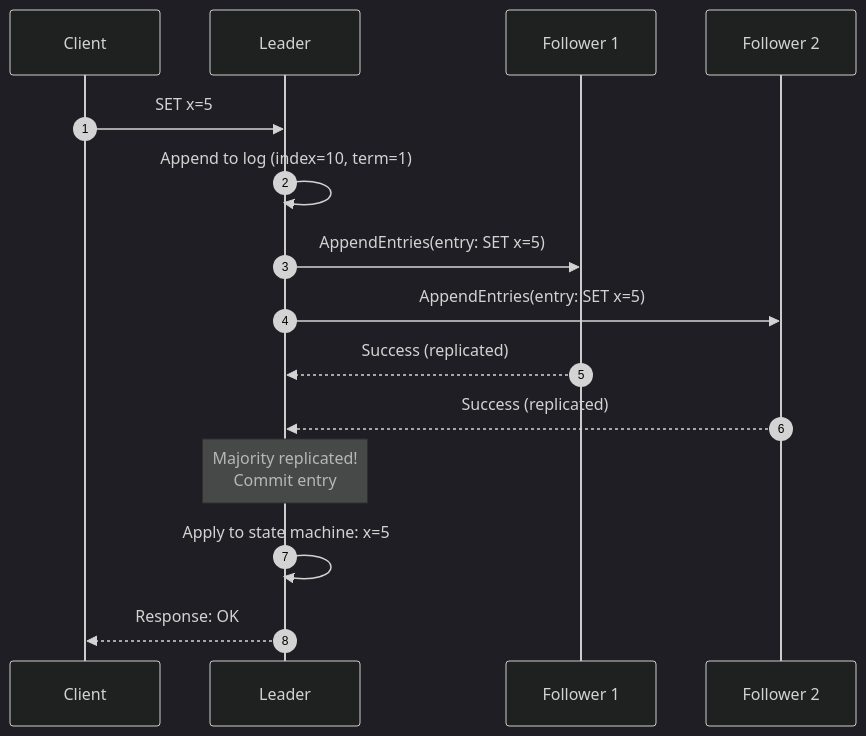
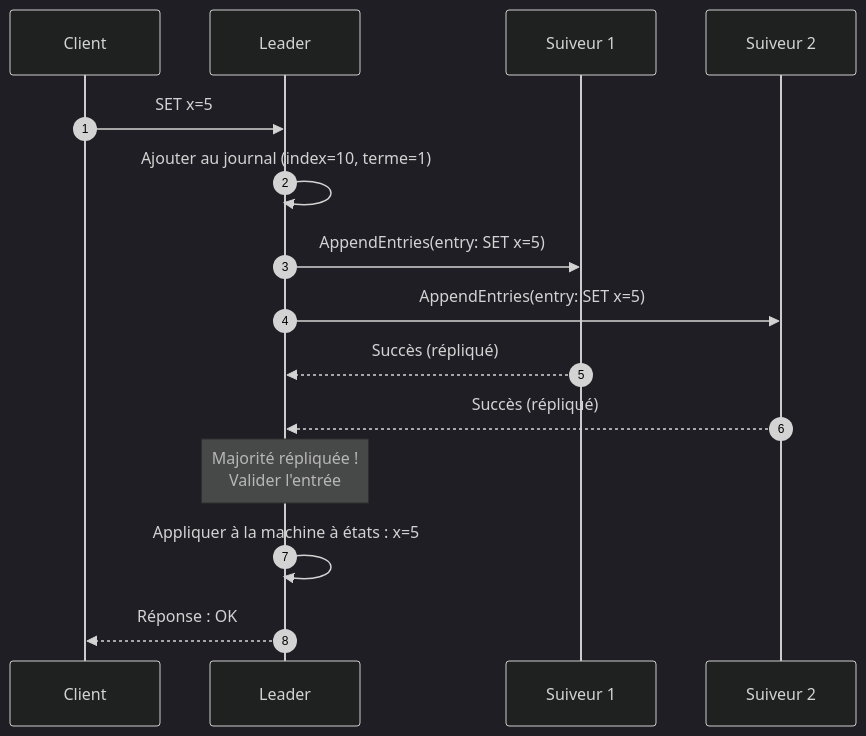
The sixth of 10 diagrams in src/consensus/12-raft-algorithm.md (dardourimohamed/distributed-systems-course), drawn with Mermaid (dark theme) before and after one commit. The commit also changed other lines of this file and 38 other files, not shown here.

````diff
--- a/src/consensus/12-raft-algorithm.md
+++ b/src/consensus/12-raft-algorithm.md
@@ -206,22 +209,22 @@
 ```mermaid
 sequenceDiagram
     autonumber
     participant C as Client
     participant L as Leader
-    participant F1 as Follower 1
-    participant F2 as Follower 2
+    participant F1 as Suiveur 1
+    participant F2 as Suiveur 2
 
     C->>L: SET x=5
 
-    L->>L: Append to log (index=10, term=1)
+    L->>L: Ajouter au journal (index=10, terme=1)
     L->>F1: AppendEntries(entry: SET x=5)
     L->>F2: AppendEntries(entry: SET x=5)
 
-    F1-->>L: Success (replicated)
-    F2-->>L: Success (replicated)
+    F1-->>L: Succès (répliqué)
+    F2-->>L: Succès (répliqué)
 
-    Note over L: Majority replicated!<br/>Commit entry
+    Note over L: Majorité répliquée !<br/>Valider l'entrée
 
-    L->>L: Apply to state machine: x=5
-    L-->>C: Response: OK
+    L->>L: Appliquer à la machine à états : x=5
+    L-->>C: Réponse : OK
 ```
````
